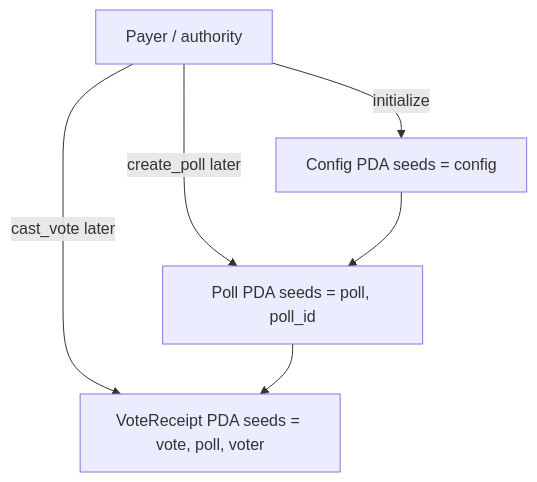
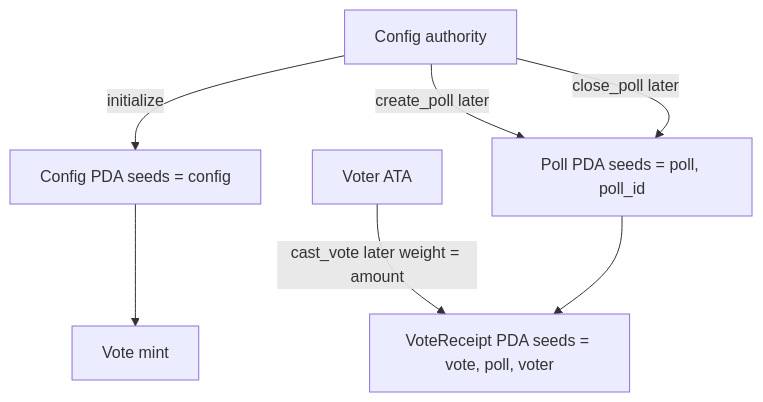
One commit to klisman/ledger-vote-solana changed the diagram in README.md. Above: the diagram before and after it, drawn with Mermaid. The commit also changed other lines of this file and 8 other files, not shown here.

First line of the commit message:
Add Poll and VoteReceipt layouts and store the vote mint on Config.

````diff
--- a/README.md
+++ b/README.md
@@ -33,13 +35,16 @@
 ```mermaid
 flowchart TD
-  payer[Payer / authority]
+  authority[Config authority]
   config["Config PDA seeds = config"]
+  mint[Vote mint]
   poll["Poll PDA seeds = poll, poll_id"]
+  ata[Voter ATA]
   receipt["VoteReceipt PDA seeds = vote, poll, voter"]
 
-  payer -->|initialize| config
-  payer -->|create_poll later| poll
-  config --> poll
-  payer -->|cast_vote later| receipt
+  authority -->|initialize| config
+  config --> mint
+  authority -->|create_poll later| poll
+  ata -->|cast_vote later weight = amount| receipt
   poll --> receipt
+  authority -->|close_poll later| poll
 ```
````
